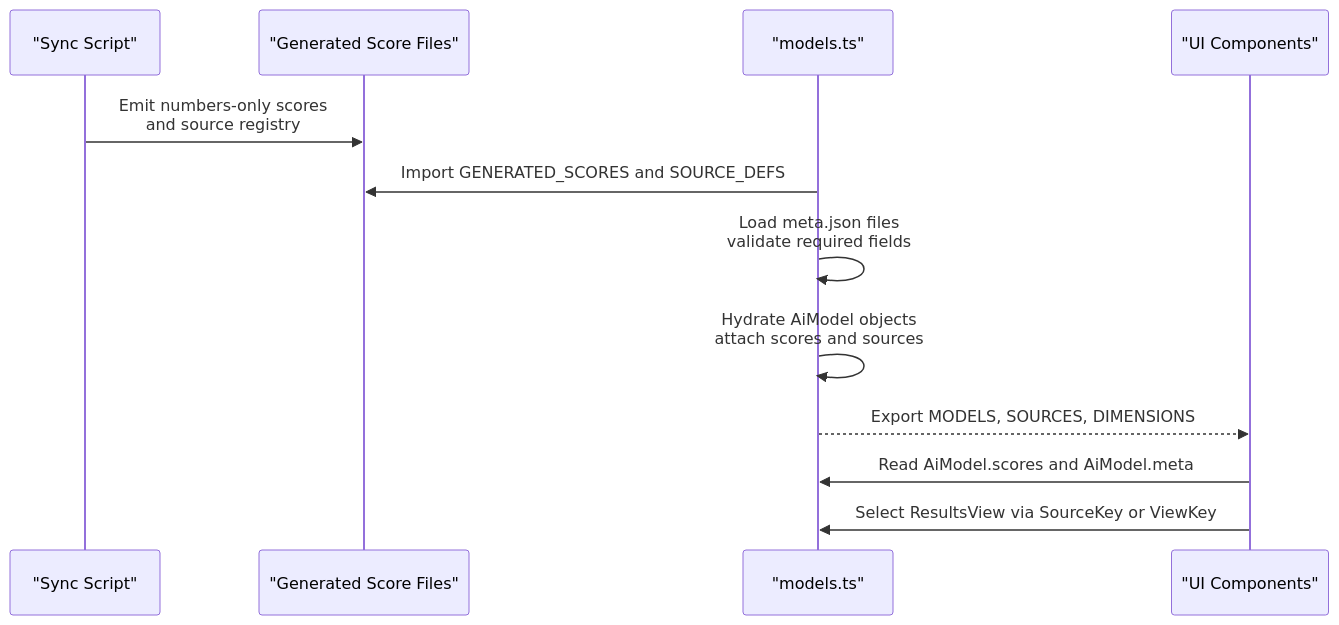
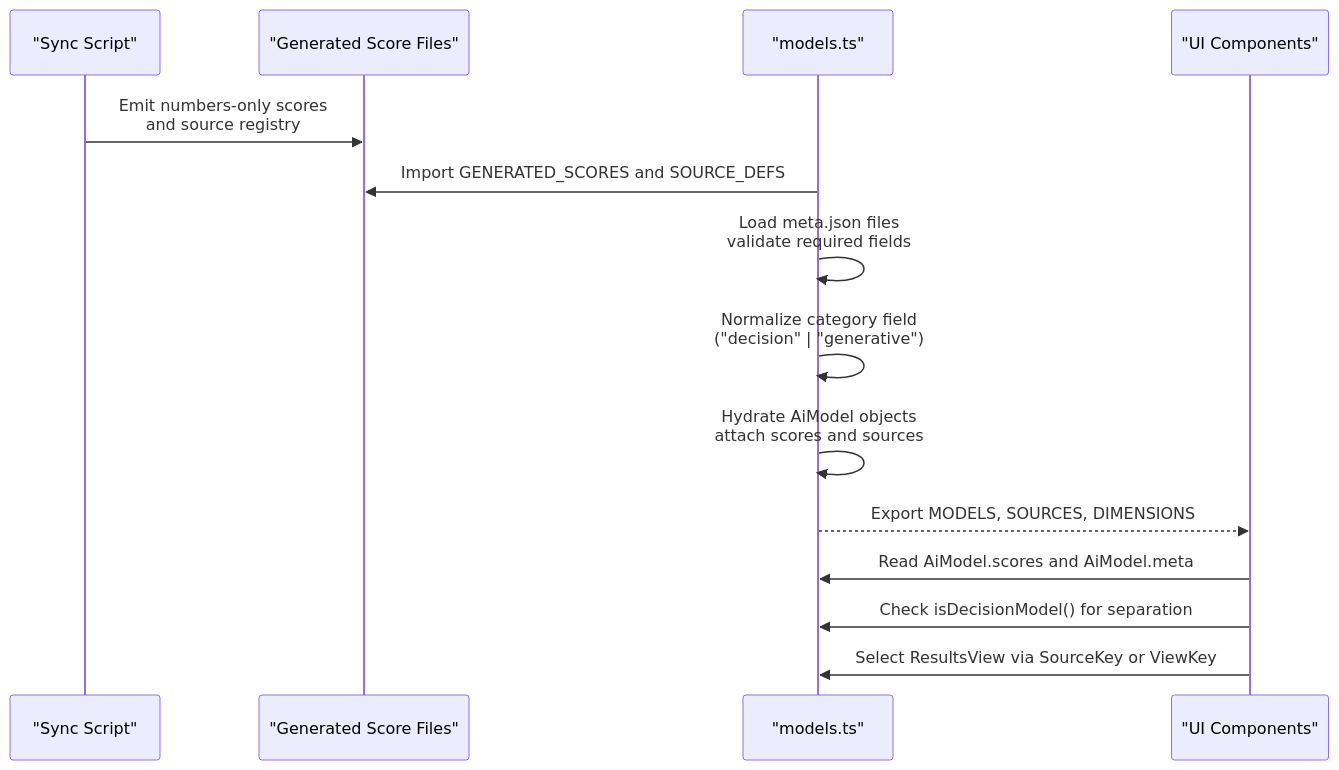
The second of 7 diagrams in .qoder/repowiki/en/content/Data Management System/Data Schemas & Interfaces.md (delirium-dj/modelcomp), drawn with Mermaid before and after one commit. The commit also changed other lines of this file and 22 other files, not shown here.

````diff
--- a/.qoder/repowiki/en/content/Data Management System/Data Schemas & Interfaces.md
+++ b/.qoder/repowiki/en/content/Data Management System/Data Schemas & Interfaces.md
@@ -152,14 +180,16 @@
 ```mermaid
 sequenceDiagram
 participant Sync as "Sync Script"
 participant Generated as "Generated Score Files"
 participant Models as "models.ts"
 participant UI as "UI Components"
 Sync->>Generated : Emit numbers-only scores<br/>and source registry
 Models->>Generated : Import GENERATED_SCORES and SOURCE_DEFS
 Models->>Models : Load meta.json files<br/>validate required fields
+Models->>Models : Normalize category field<br/>("decision" | "generative")
 Models->>Models : Hydrate AiModel objects<br/>attach scores and sources
 Models-->>UI : Export MODELS, SOURCES, DIMENSIONS
 UI->>Models : Read AiModel.scores and AiModel.meta
+UI->>Models : Check isDecisionModel() for separation
 UI->>Models : Select ResultsView via SourceKey or ViewKey
 ```
````
